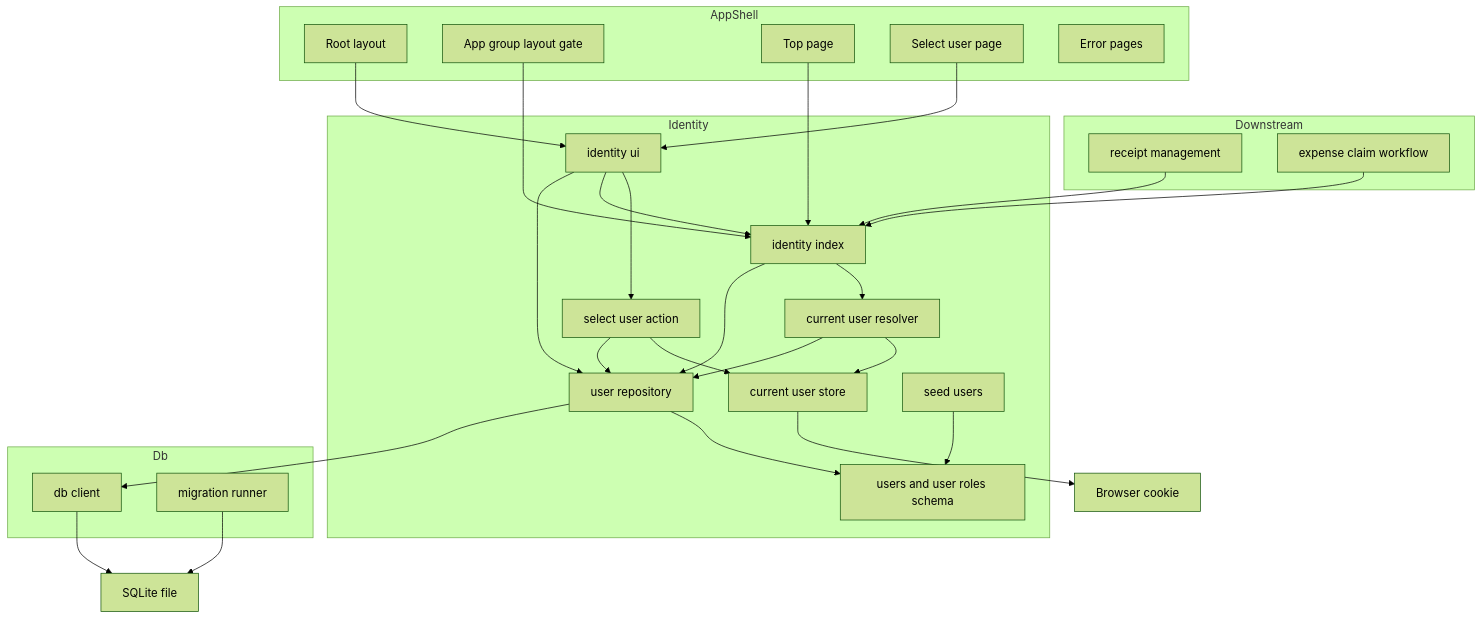
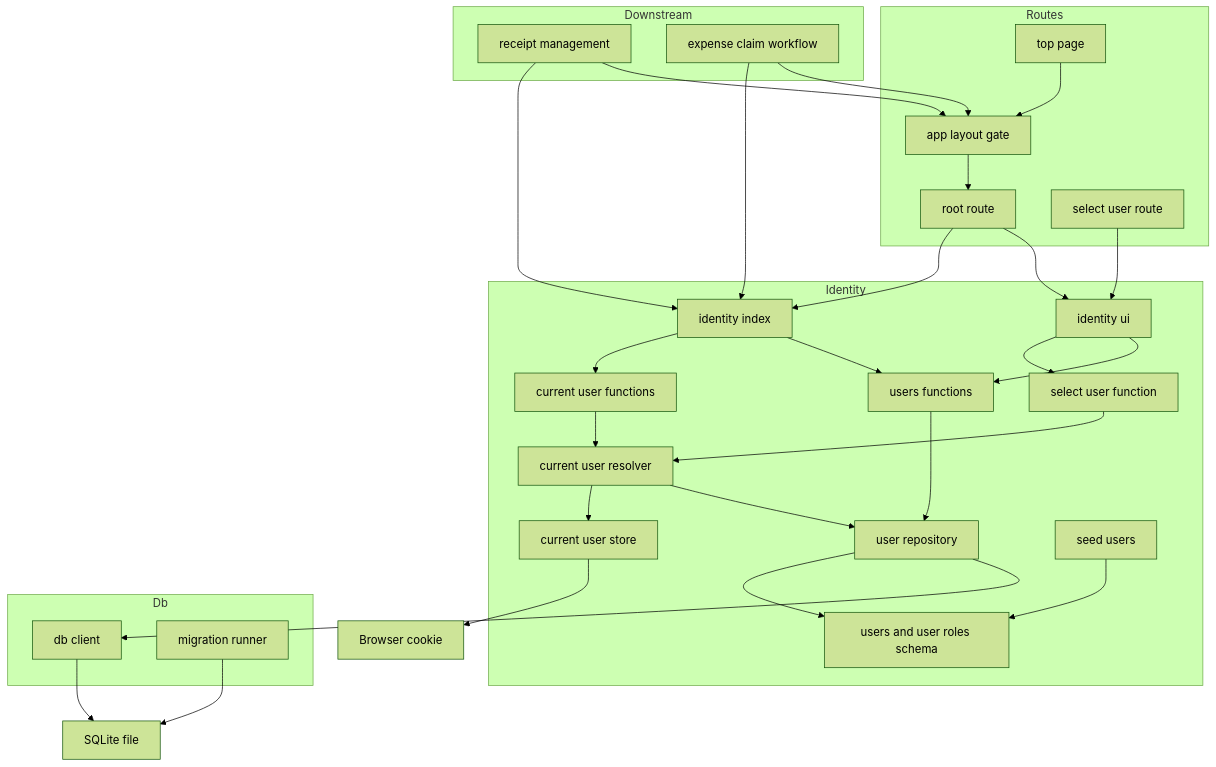
One commit to syakoo/expt-sdd-expense-tracker changed the first of 4 diagrams in .kiro/specs/app-foundation/design.md. Above: the diagram before and after it, drawn with Mermaid (forest theme). The commit also changed other lines of this file and 5 other files, not shown here.

````diff
--- a/.kiro/specs/app-foundation/design.md
+++ b/.kiro/specs/app-foundation/design.md
@@ -62,52 +102,56 @@
 ```mermaid
 graph TB
-    subgraph AppShell
-        RootLayout[Root layout]
-        AppGroupLayout[App group layout gate]
-        TopPage[Top page]
-        SelectUserPage[Select user page]
-        ErrorPages[Error pages]
+    subgraph Routes
+        RootRoute[root route]
+        AppLayout[app layout gate]
+        TopPage[top page]
+        SelectUserRoute[select user route]
     end
     subgraph Downstream
         ReceiptFeature[receipt management]
         ClaimFeature[expense claim workflow]
     end
     subgraph Identity
         PublicApi[identity index]
         IdentityUi[identity ui]
-        Actions[select user action]
-        CurrentUser[current user resolver]
+        CurrentUserFns[current user functions]
+        UsersFns[users functions]
+        SelectUserFn[select user function]
+        Resolver[current user resolver]
         Store[current user store]
         Repo[user repository]
         Schema[users and user roles schema]
         Seed[seed users]
     end
     subgraph Db
         Client[db client]
         Migrate[migration runner]
     end
     SQLite[SQLite file]
     Cookie[Browser cookie]
 
-    RootLayout --> IdentityUi
-    SelectUserPage --> IdentityUi
-    AppGroupLayout --> PublicApi
-    TopPage --> PublicApi
+    RootRoute --> PublicApi
+    RootRoute --> IdentityUi
+    SelectUserRoute --> IdentityUi
+    AppLayout --> RootRoute
+    TopPage --> AppLayout
     ReceiptFeature --> PublicApi
+    ReceiptFeature --> AppLayout
     ClaimFeature --> PublicApi
-    IdentityUi --> Actions
-    IdentityUi --> PublicApi
-    IdentityUi --> Repo
-    PublicApi --> CurrentUser
-    PublicApi --> Repo
-    Actions --> Store
-    Actions --> Repo
-    CurrentUser --> Store
-    CurrentUser --> Repo
+    ClaimFeature --> AppLayout
+    IdentityUi --> SelectUserFn
+    IdentityUi --> UsersFns
+    PublicApi --> CurrentUserFns
+    PublicApi --> UsersFns
+    CurrentUserFns --> Resolver
+    SelectUserFn --> Resolver
+    UsersFns --> Repo
+    Resolver --> Store
+    Resolver --> Repo
     Store --> Cookie
     Repo --> Schema
     Repo --> Client
     Seed --> Schema
     Client --> SQLite
     Migrate --> SQLite
 ```
````
